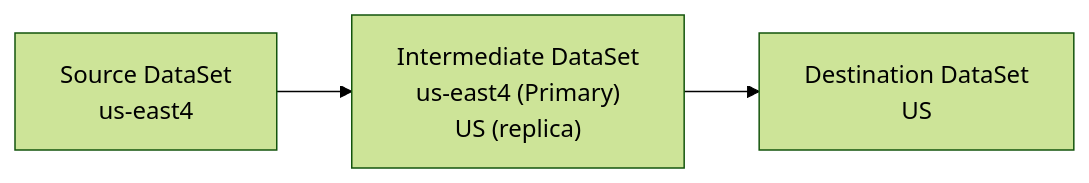
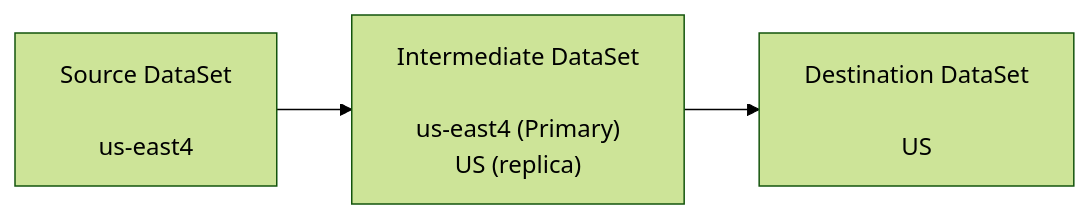
Before and after one commit to nikolaybotev/bq-cross-region-test: the first of 2 diagrams in docs/CROSS_REGION_TEST_REPORT.md, drawn with Mermaid (forest theme). The commit also changed other lines of this file and 1 other file, not shown here.

````diff
--- a/docs/CROSS_REGION_TEST_REPORT.md
+++ b/docs/CROSS_REGION_TEST_REPORT.md
@@ -38,8 +74,8 @@
 ```mermaid
 flowchart LR
-  SRC["Source DataSet<br/>us-east4"]
-  INT["Intermediate DataSet<br/>us-east4 (Primary)<br/>US (replica)"]
-  DST["Destination DataSet<br/>US"]
+  SRC["Source DataSet<br/><br/>us-east4"]
+  INT["Intermediate DataSet<br/><br/>us-east4 (Primary)<br/>US (replica)"]
+  DST["Destination DataSet<br/><br/>US"]
   SRC --> INT
   INT --> DST
 ```
````
